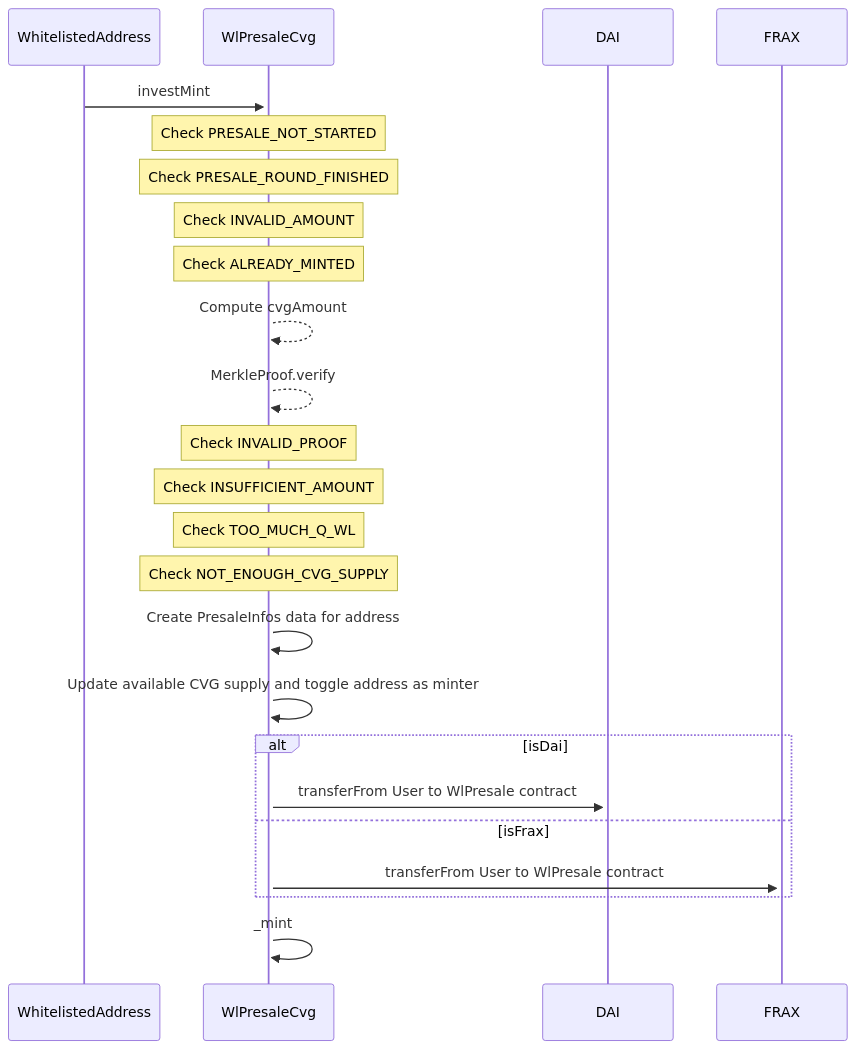
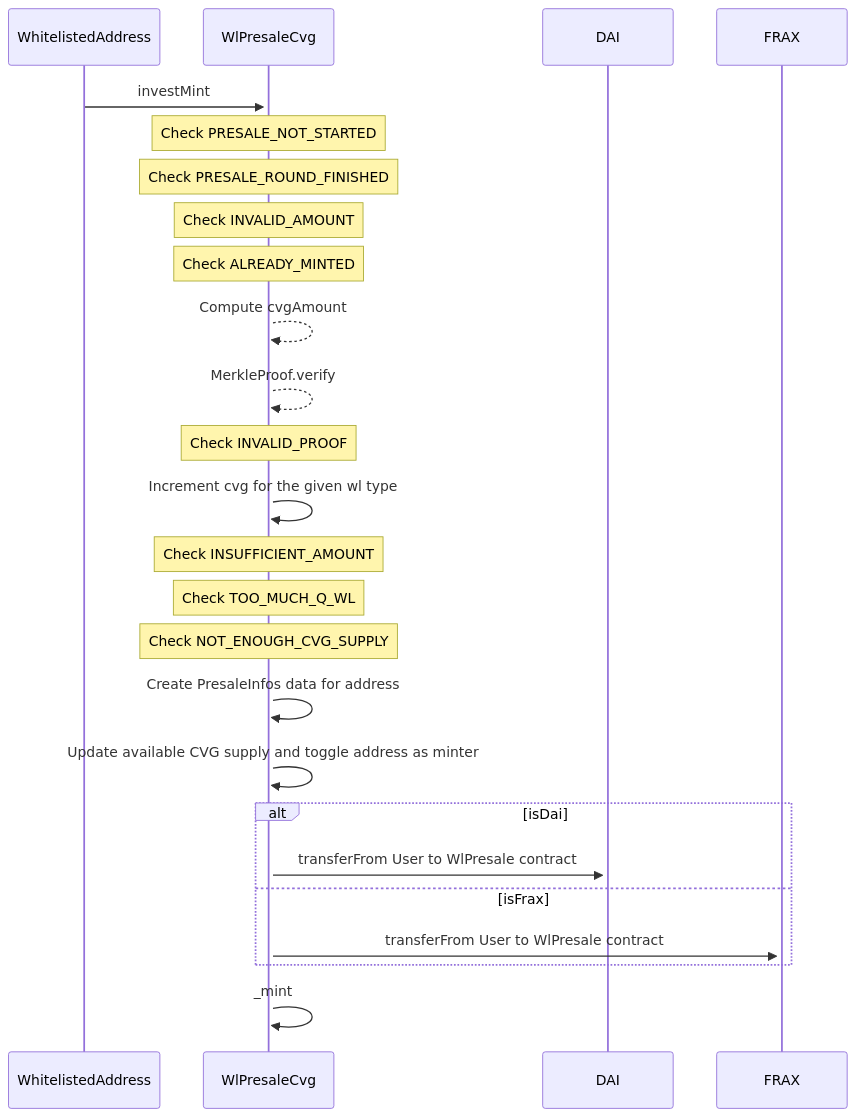
One commit to hats-finance/Convergence-Finance---IBO-0x0e410e7af8e70fc5bffcdbfbdf1673ee7b3d0777 changed the first of 2 diagrams in technical-docs/WlPresaleCvg.md. Above: the diagram before and after it, drawn with Mermaid. The commit also changed other lines of this file and 9 other files, not shown here.

````diff
--- a/technical-docs/WlPresaleCvg.md
+++ b/technical-docs/WlPresaleCvg.md
@@ -12,24 +12,25 @@
 ```mermaid
 sequenceDiagram
     WhitelistedAddress->>+WlPresaleCvg: investMint
     note over WlPresaleCvg: Check PRESALE_NOT_STARTED
     note over WlPresaleCvg: Check PRESALE_ROUND_FINISHED
     note over WlPresaleCvg: Check INVALID_AMOUNT
     note over WlPresaleCvg: Check ALREADY_MINTED
     WlPresaleCvg-->>WlPresaleCvg: Compute cvgAmount
     WlPresaleCvg-->>WlPresaleCvg: MerkleProof.verify
     note over WlPresaleCvg: Check INVALID_PROOF
+    WlPresaleCvg->>WlPresaleCvg: Increment cvg for the given wl type
     note over WlPresaleCvg: Check INSUFFICIENT_AMOUNT
     note over WlPresaleCvg: Check TOO_MUCH_Q_WL
     note over WlPresaleCvg: Check NOT_ENOUGH_CVG_SUPPLY
     WlPresaleCvg->>WlPresaleCvg: Create PresaleInfos data for address
     WlPresaleCvg->>WlPresaleCvg: Update available CVG supply and toggle address as minter
 
     alt isDai
         WlPresaleCvg->>+DAI: transferFrom User to WlPresale contract
     else isFrax
         WlPresaleCvg->>+FRAX: transferFrom User to WlPresale contract
     end
 
     WlPresaleCvg->>WlPresaleCvg: _mint
 ```
````
